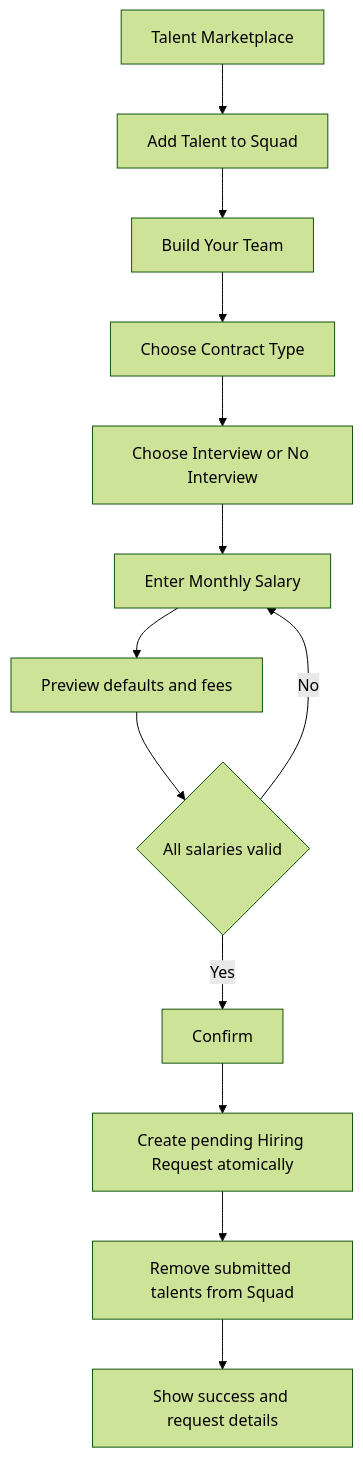
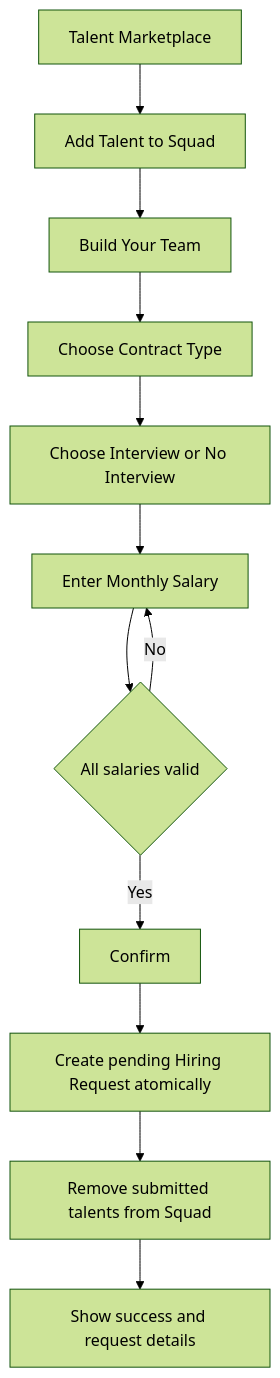
The diagram in docs/sprints/S05B-contract-types-hiring-request-revision-plan.ar.md (Qader-Company/qader-backend), drawn with Mermaid (forest theme) before and after one commit. The commit also changed other lines of this file and 13 other files, not shown here.

````diff
--- a/docs/sprints/S05B-contract-types-hiring-request-revision-plan.ar.md
+++ b/docs/sprints/S05B-contract-types-hiring-request-revision-plan.ar.md
@@ -269,15 +272,14 @@
 ```mermaid
 flowchart TD
     A[Talent Marketplace] --> B[Add Talent to Squad]
     B --> C[Build Your Team]
     C --> D[Choose Contract Type]
     D --> E[Choose Interview or No Interview]
     E --> F[Enter Monthly Salary]
-    F --> G[Preview defaults and fees]
-    G --> H{All salaries valid}
-    H -->|No| F
-    H -->|Yes| I[Confirm]
+    F --> G{All salaries valid}
+    G -->|No| F
+    G -->|Yes| I[Confirm]
     I --> J[Create pending Hiring Request atomically]
     J --> K[Remove submitted talents from Squad]
     K --> L[Show success and request details]
 ```
````
